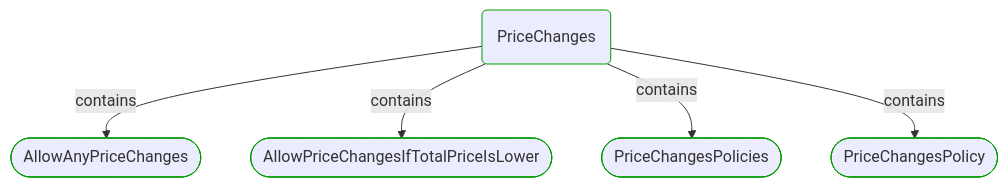
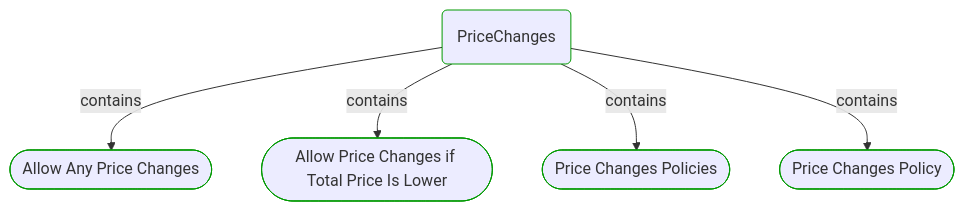
Before and after one commit to itlibrium/DDD-starter-dotnet: the third of 5 diagrams in Docs/P3/MermaidOutput/Modules/Sales/Orders/PriceChanges/PriceChanges.md, drawn with Mermaid. The commit also changed other lines of this file and 174 other files, not shown here.

````diff
--- a/Docs/P3/MermaidOutput/Modules/Sales/Orders/PriceChanges/PriceChanges.md
+++ b/Docs/P3/MermaidOutput/Modules/Sales/Orders/PriceChanges/PriceChanges.md
@@ -48,20 +51,20 @@
 ```mermaid
   flowchart TB
     0(PriceChanges)
     class 0 DomainPerspective
-    1([AllowAnyPriceChanges])
+    1([Allow Any Price Changes])
     class 1 DomainPerspective
     0-->|contains|1
-    2([AllowPriceChangesIfTotalPriceIsLower])
+    2([Allow Price Changes if Total Price Is Lower])
     class 2 DomainPerspective
     0-->|contains|2
-    3([PriceChangesPolicies])
+    3([Price Changes Policies])
     class 3 DomainPerspective
     0-->|contains|3
-    4([PriceChangesPolicy])
+    4([Price Changes Policy])
     class 4 DomainPerspective
     0-->|contains|4
     classDef DomainPerspective stroke:#009900
     classDef TechnologyPerspective stroke:#1F41EB
     classDef PeoplePerspective stroke:#FFF014
 ```
````
